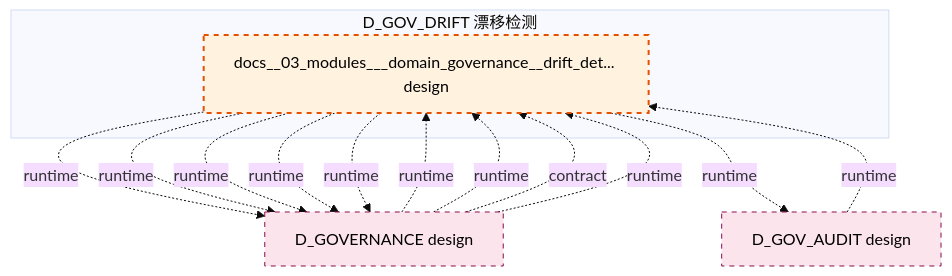
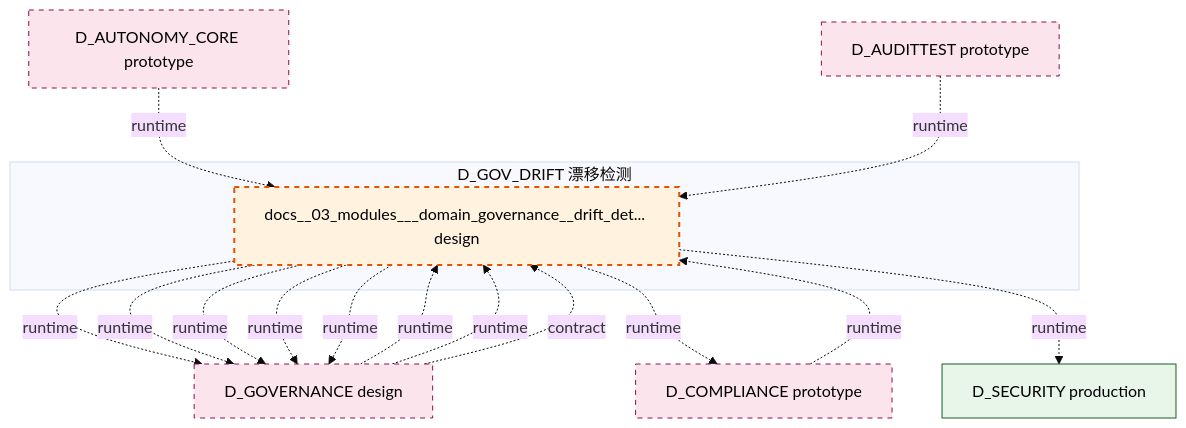
One commit to xuanFelixVan/ZephyrAlpha changed the diagram in docs/02_enterprise_architecture/02_domain_architecture_docs/36_d_gov_drift.md. Above: the diagram before and after it, drawn with Mermaid (base theme). The commit also changed other lines of this file and 105 other files, not shown here.

````diff
--- a/docs/02_enterprise_architecture/02_domain_architecture_docs/36_d_gov_drift.md
+++ b/docs/02_enterprise_architecture/02_domain_architecture_docs/36_d_gov_drift.md
@@ -47,25 +47,31 @@
 ```mermaid
 graph TD
     subgraph D_GOV_DRIFT["D_GOV_DRIFT 漂移检测"]
         docs_03_modules_domain_governance_drift_detector_blueprint_md["docs__03_modules___domain_governance__drift_det... design"]
     end
     D_GOVERNANCE["D_GOVERNANCE design"]
     docs_03_modules_domain_governance_drift_detector_blueprint_md -.->|runtime| D_GOVERNANCE
     docs_03_modules_domain_governance_drift_detector_blueprint_md -.->|runtime| D_GOVERNANCE
-    D_GOV_AUDIT["D_GOV_AUDIT design"]
-    docs_03_modules_domain_governance_drift_detector_blueprint_md -.->|runtime| D_GOV_AUDIT
+    D_COMPLIANCE["D_COMPLIANCE prototype"]
+    docs_03_modules_domain_governance_drift_detector_blueprint_md -.->|runtime| D_COMPLIANCE
+    D_SECURITY["D_SECURITY production"]
+    docs_03_modules_domain_governance_drift_detector_blueprint_md -.->|runtime| D_SECURITY
     docs_03_modules_domain_governance_drift_detector_blueprint_md -.->|runtime| D_GOVERNANCE
     docs_03_modules_domain_governance_drift_detector_blueprint_md -.->|runtime| D_GOVERNANCE
     docs_03_modules_domain_governance_drift_detector_blueprint_md -.->|runtime| D_GOVERNANCE
-    D_GOV_AUDIT -.->|runtime| docs_03_modules_domain_governance_drift_detector_blueprint_md
+    D_COMPLIANCE -.->|runtime| docs_03_modules_domain_governance_drift_detector_blueprint_md
     D_GOVERNANCE -.->|runtime| docs_03_modules_domain_governance_drift_detector_blueprint_md
     D_GOVERNANCE -.->|runtime| docs_03_modules_domain_governance_drift_detector_blueprint_md
     D_GOVERNANCE -.->|contract| docs_03_modules_domain_governance_drift_detector_blueprint_md
-    D_GOVERNANCE -.->|runtime| docs_03_modules_domain_governance_drift_detector_blueprint_md
+    D_AUTONOMY_CORE["D_AUTONOMY_CORE prototype"]
+    D_AUTONOMY_CORE -.->|runtime| docs_03_modules_domain_governance_drift_detector_blueprint_md
+    D_AUDITTEST["D_AUDITTEST prototype"]
+    D_AUDITTEST -.->|runtime| docs_03_modules_domain_governance_drift_detector_blueprint_md
     classDef production fill:#e1f5fe,stroke:#01579b,stroke-width:2px,color:#000
     classDef design fill:#fff3e0,stroke:#e65100,stroke-width:2px,color:#000,stroke-dasharray: 5 5
     classDef external_prod fill:#e8f5e9,stroke:#1b5e20,stroke-width:1px,color:#000
     classDef external_design fill:#fce4ec,stroke:#880e4f,stroke-width:1px,color:#000,stroke-dasharray: 5 5
     class docs_03_modules_domain_governance_drift_detector_blueprint_md design
-    class D_GOVERNANCE,D_GOV_AUDIT external_design
+    class D_SECURITY external_prod
+    class D_GOVERNANCE,D_COMPLIANCE,D_AUTONOMY_CORE,D_AUDITTEST external_design
 ```
````
